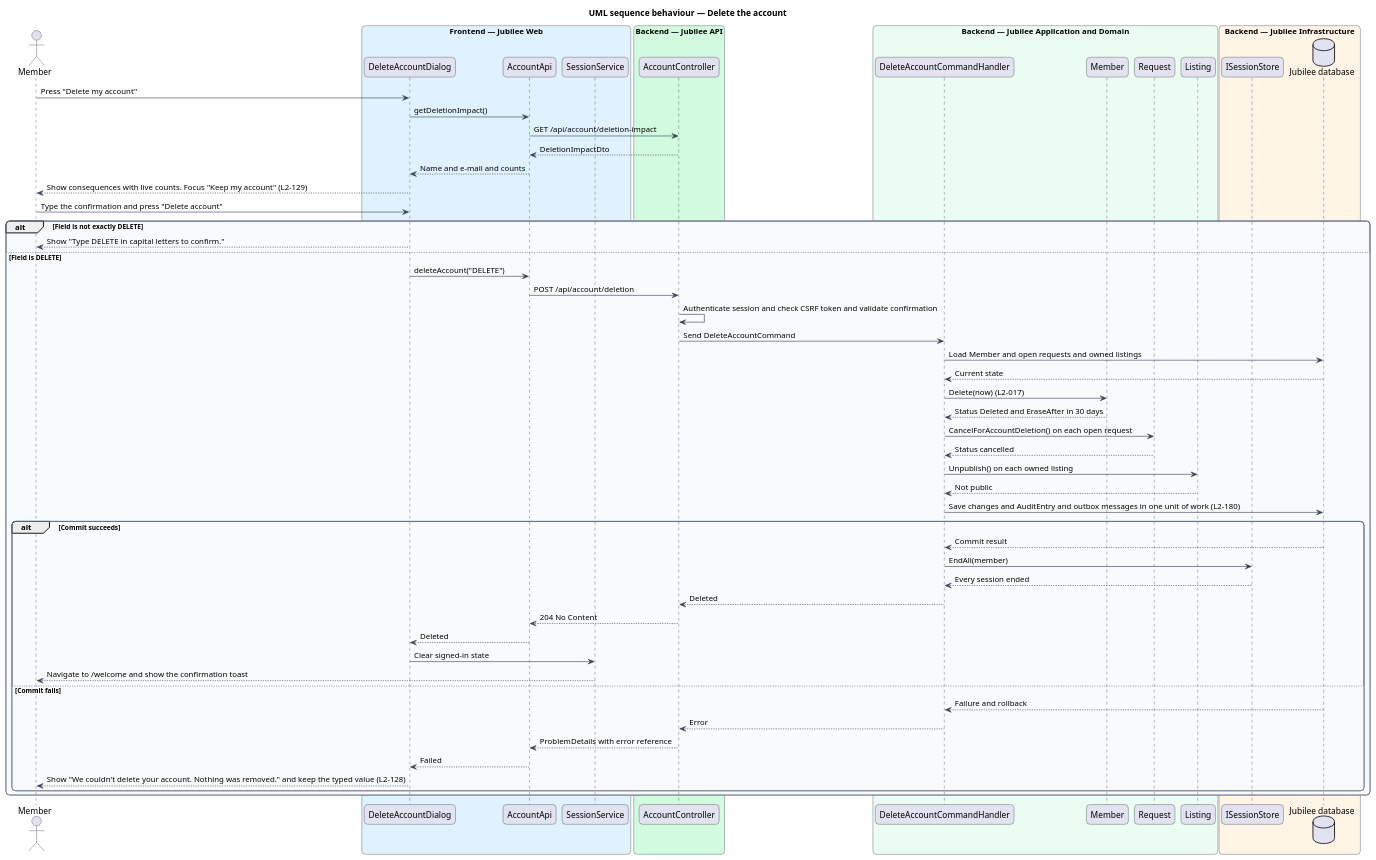
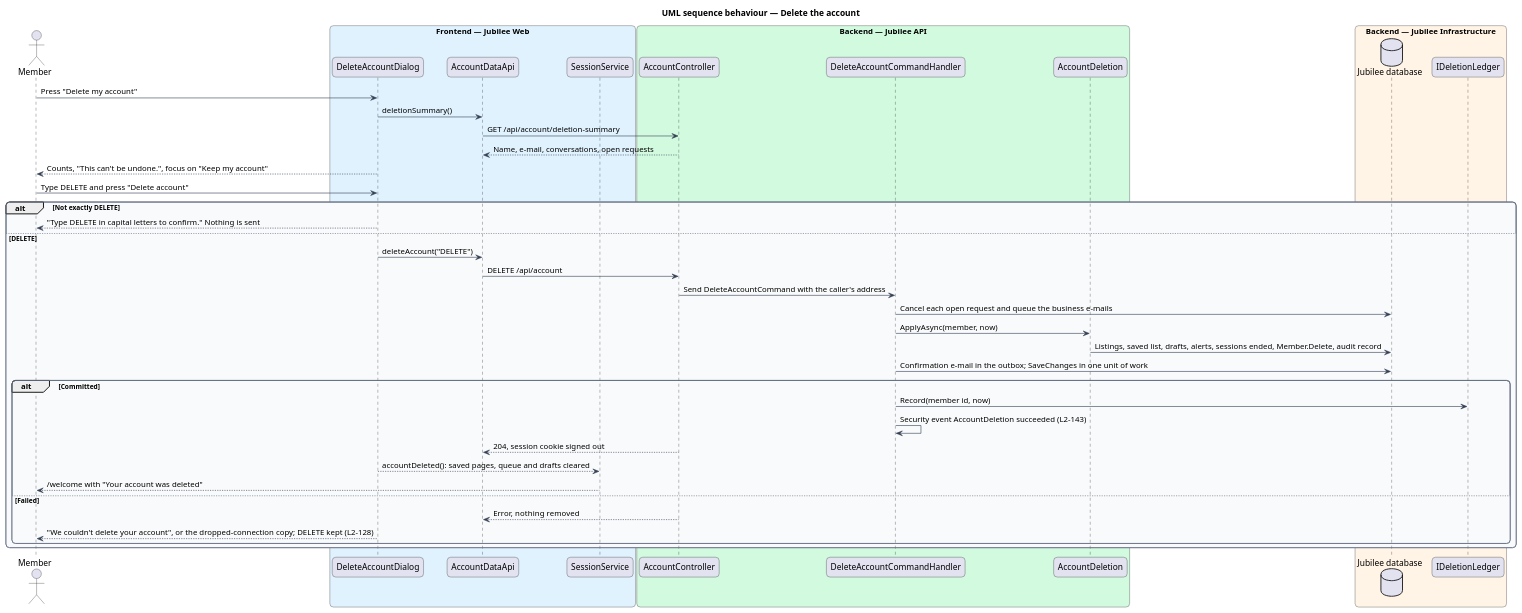
One commit to QuinntyneBrown/jubilee changed the diagram in docs/detailed-designs/accounts/delete-account/diagrams/sequence-delete-account.puml. Above: the diagram before and after it, drawn with PlantUML. The commit also changed 51 other files, not shown here.

First line of the commit message:
Journey 26: requirements, ADR 0069, designs and mocks for download data and delete account

```diff
--- a/docs/detailed-designs/accounts/delete-account/diagrams/sequence-delete-account.puml
+++ b/docs/detailed-designs/accounts/delete-account/diagrams/sequence-delete-account.puml
@@ -1,78 +1,60 @@
 @startuml
 title UML sequence behaviour — Delete the account
 skinparam backgroundColor #FFFFFF
 skinparam shadowing false
 skinparam roundcorner 12
 skinparam defaultFontName Arial
 skinparam ArrowColor #344054
 skinparam rectangle {
   BorderColor #344054
   FontColor #101828
 }
 skinparam package {
   BorderColor #667085
   FontColor #101828
   BackgroundColor #F9FAFB
 }
 
-
 actor "Member" as actor
 box "Frontend — Jubilee Web" #E0F2FE
   participant "DeleteAccountDialog" as dialog
-  participant "AccountApi" as client
+  participant "AccountDataApi" as client
   participant "SessionService" as session
 end box
 box "Backend — Jubilee API" #D1FADF
   participant "AccountController" as controller
-end box
-box "Backend — Jubilee Application and Domain" #ECFDF3
   participant "DeleteAccountCommandHandler" as handler
-  participant "Member" as entity
-  participant "Request" as request
-  participant "Listing" as listing
+  participant "AccountDeletion" as deletion
 end box
 box "Backend — Jubilee Infrastructure" #FFF4E5
-  participant "ISessionStore" as sessions
   database "Jubilee database" as db
+  participant "IDeletionLedger" as ledger
 end box
 actor -> dialog : Press "Delete my account"
-dialog -> client : getDeletionImpact()
-client -> controller : GET /api/account/deletion-impact
-controller --> client : DeletionImpactDto
-client --> dialog : Name and e-mail and counts
-dialog --> actor : Show consequences with live counts. Focus "Keep my account" (L2-129)
-actor -> dialog : Type the confirmation and press "Delete account"
-alt Field is not exactly DELETE
-  dialog --> actor : Show "Type DELETE in capital letters to confirm."
-else Field is DELETE
+dialog -> client : deletionSummary()
+client -> controller : GET /api/account/deletion-summary
+controller --> client : Name, e-mail, conversations, open requests
+dialog --> actor : Counts, "This can't be undone.", focus on "Keep my account"
+actor -> dialog : Type DELETE and press "Delete account"
+alt Not exactly DELETE
+  dialog --> actor : "Type DELETE in capital letters to confirm." Nothing is sent
+else DELETE
   dialog -> client : deleteAccount("DELETE")
-  client -> controller : POST /api/account/deletion
-  controller -> controller : Authenticate session and check CSRF token and validate confirmation
-  controller -> handler : Send DeleteAccountCommand
-  handler -> db : Load Member and open requests and owned listings
-  db --> handler : Current state
-  handler -> entity : Delete(now) (L2-017)
-  entity --> handler : Status Deleted and EraseAfter in 30 days
-  handler -> request : CancelForAccountDeletion() on each open request
-  request --> handler : Status cancelled
-  handler -> listing : Unpublish() on each owned listing
-  listing --> handler : Not public
-  handler -> db : Save changes and AuditEntry and outbox messages in one unit of work (L2-180)
-  alt Commit succeeds
-    db --> handler : Commit result
-    handler -> sessions : EndAll(member)
-    sessions --> handler : Every session ended
-    handler --> controller : Deleted
-    controller --> client : 204 No Content
-    client --> dialog : Deleted
-    dialog -> session : Clear signed-in state
-    session --> actor : Navigate to /welcome and show the confirmation toast
-  else Commit fails
-    db --> handler : Failure and rollback
-    handler --> controller : Error
-    controller --> client : ProblemDetails with error reference
-    client --> dialog : Failed
-    dialog --> actor : Show "We couldn't delete your account. Nothing was removed." and keep the typed value (L2-128)
+  client -> controller : DELETE /api/account
+  controller -> handler : Send DeleteAccountCommand with the caller's address
+  handler -> db : Cancel each open request and queue the business e-mails
+  handler -> deletion : ApplyAsync(member, now)
+  deletion -> db : Listings, saved list, drafts, alerts, sessions ended, Member.Delete, audit record
+  handler -> db : Confirmation e-mail in the outbox; SaveChanges in one unit of work
+  alt Committed
+    handler -> ledger : Record(member id, now)
+    handler -> handler : Security event AccountDeletion succeeded (L2-143)
+    controller --> client : 204, session cookie signed out
+    dialog --> session : accountDeleted(): saved pages, queue and drafts cleared
+    session --> actor : /welcome with "Your account was deleted"
+  else Failed
+    controller --> client : Error, nothing removed
+    dialog --> actor : "We couldn't delete your account", or the dropped-connection copy; DELETE kept (L2-128)
   end
 end
 @enduml
```
